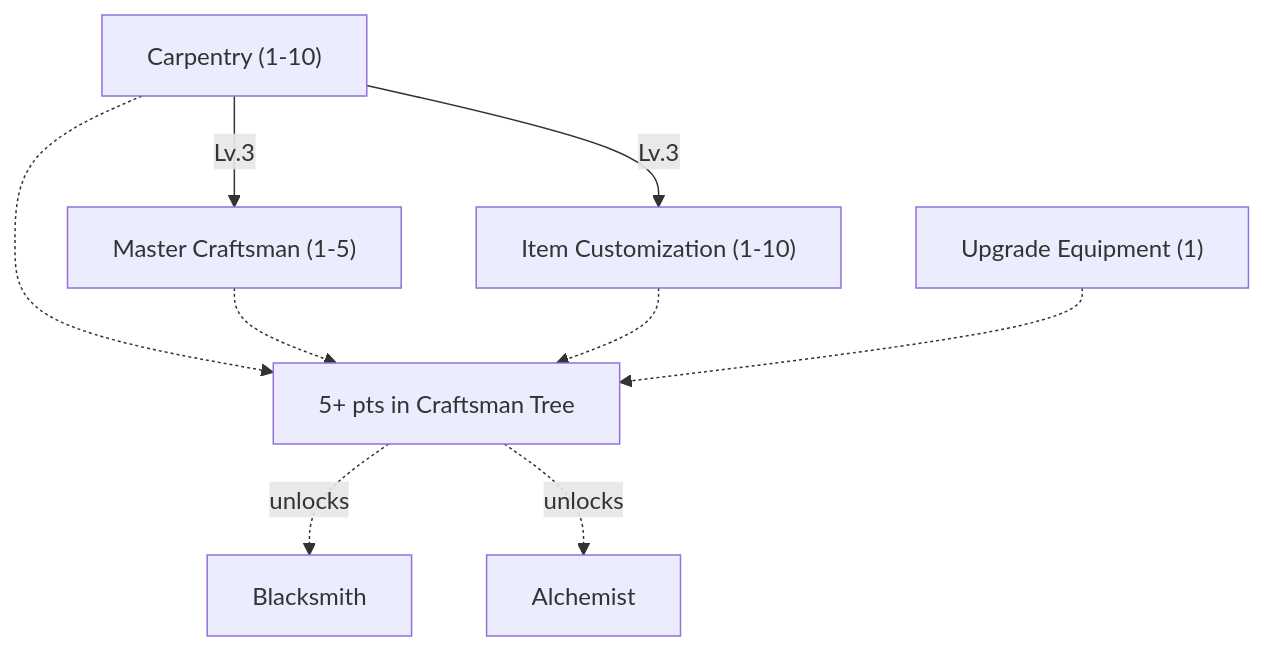
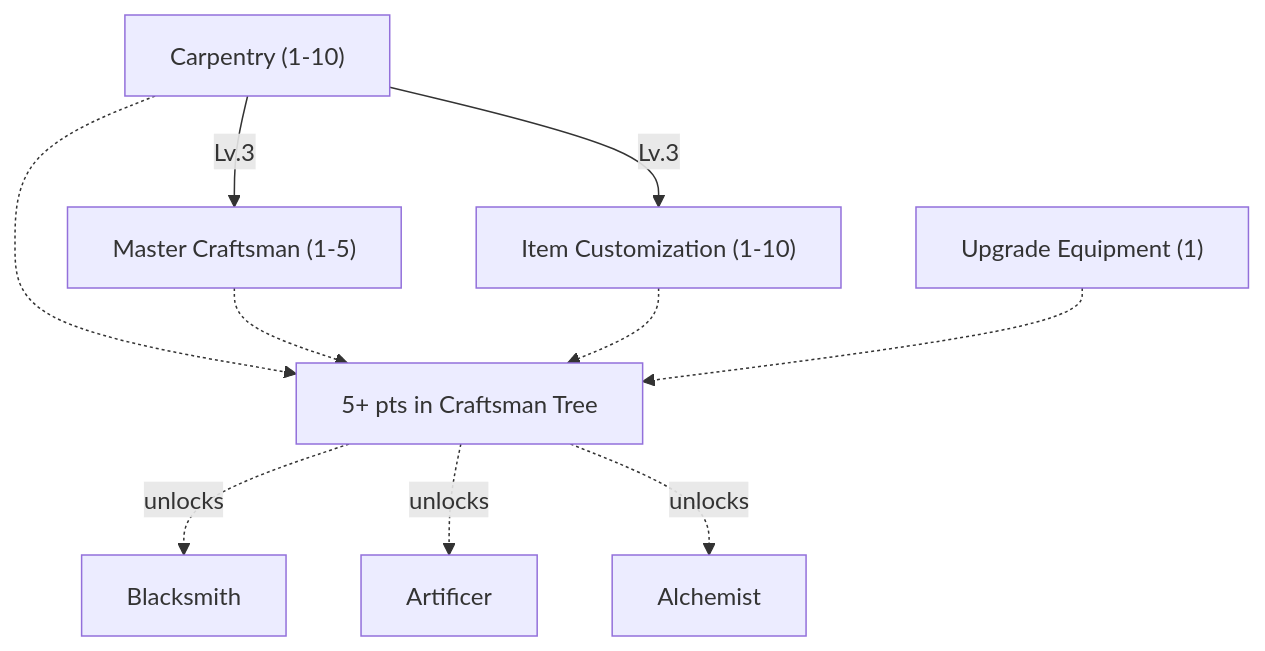
Before and after one commit to tfelix/bestia-docs: the second of 16 diagrams in content/docs/mechanics/master.md, drawn with Mermaid. The commit also changed other lines of this file and 1 other file, not shown here.

First line of the commit message:
Unpark the Artificer

````diff
--- a/content/docs/mechanics/master.md
+++ b/content/docs/mechanics/master.md
@@ -271,21 +269,21 @@
 ```mermaid
 graph TD
     Carpentry["Carpentry (1-10)"]
     UpgradeEquipment["Upgrade Equipment (1)"]
     MasterCraftsman["Master Craftsman (1-5)"]
     ItemCustomization["Item Customization (1-10)"]
     Gate["5+ pts in Craftsman Tree"]
     Blacksmith["Blacksmith"]
-    %% Artificer["Artificer"] %% parked
+    Artificer["Artificer"]
     Alchemist["Alchemist"]
 
     Carpentry -->|Lv.3| MasterCraftsman
     Carpentry -->|Lv.3| ItemCustomization
     Carpentry -.-> Gate
     MasterCraftsman -.-> Gate
     ItemCustomization -.-> Gate
     UpgradeEquipment -.-> Gate
     Gate -.->|unlocks| Blacksmith
-    %% Gate -.->|unlocks| Artificer
+    Gate -.->|unlocks| Artificer
     Gate -.->|unlocks| Alchemist
 ```
````
